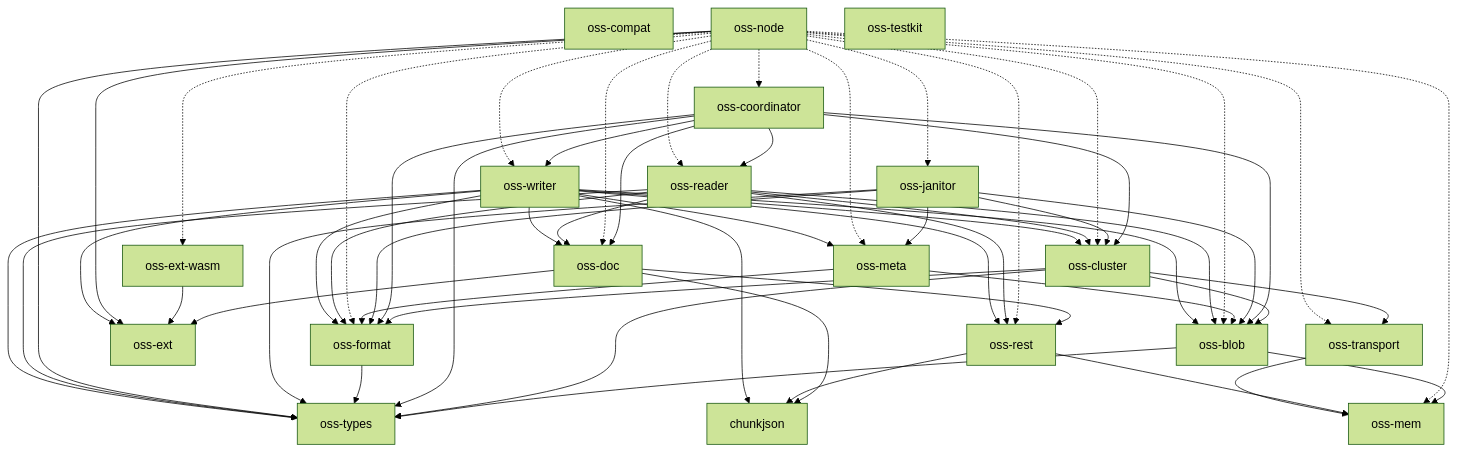
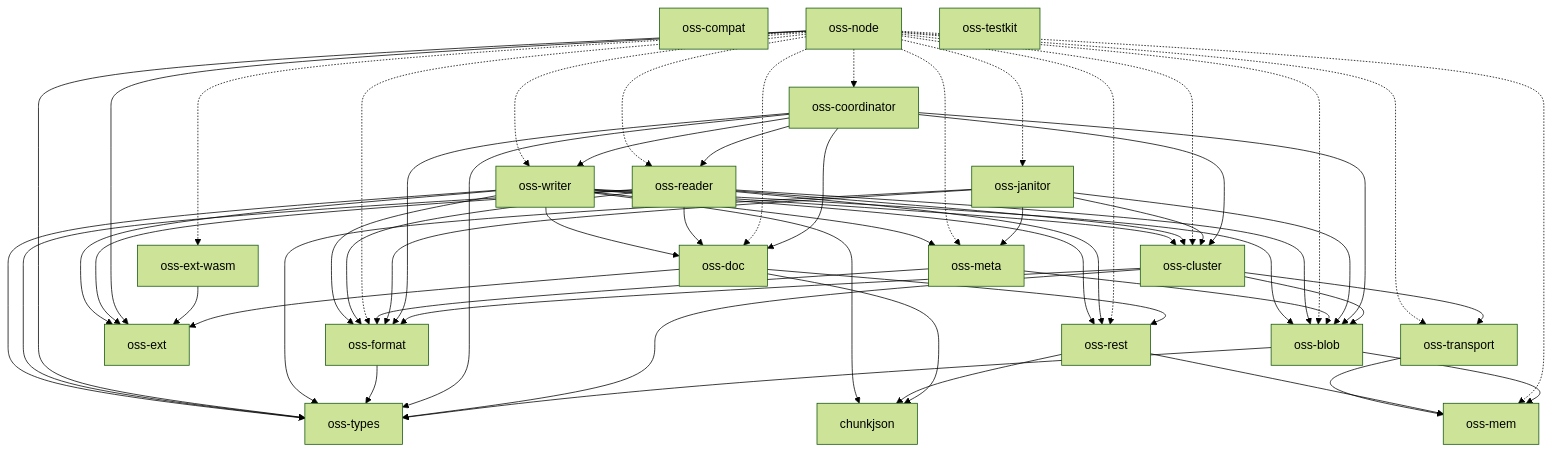
The diagram in docs/architecture.md (huyz0/opensearch-serverless), drawn with Mermaid (forest theme) before and after one commit. The commit also changed 22 other files, not shown here.

````diff
--- a/docs/architecture.md
+++ b/docs/architecture.md
@@ -10,67 +10,68 @@
 ```mermaid
 graph TD
     chunkjson
     oss-blob --> oss-mem
     oss-blob --> oss-types
     oss-cluster --> oss-blob
     oss-cluster --> oss-format
     oss-cluster --> oss-transport
     oss-cluster --> oss-types
     oss-compat
     oss-coordinator --> oss-blob
     oss-coordinator --> oss-cluster
     oss-coordinator --> oss-doc
     oss-coordinator --> oss-format
     oss-coordinator --> oss-reader
     oss-coordinator --> oss-types
     oss-coordinator --> oss-writer
     oss-doc --> chunkjson
     oss-doc --> oss-ext
     oss-doc --> oss-rest
     oss-ext
     oss-ext-wasm --> oss-ext
     oss-format --> oss-types
     oss-janitor --> oss-blob
     oss-janitor --> oss-cluster
     oss-janitor --> oss-format
     oss-janitor --> oss-meta
     oss-janitor --> oss-types
     oss-mem
     oss-meta --> oss-blob
     oss-meta --> oss-format
     oss-node -.-> oss-blob
     oss-node -.-> oss-cluster
     oss-node -.-> oss-coordinator
     oss-node -.-> oss-doc
     oss-node --> oss-ext
     oss-node -.-> oss-ext-wasm
     oss-node -.-> oss-format
     oss-node -.-> oss-janitor
     oss-node -.-> oss-mem
     oss-node -.-> oss-meta
     oss-node -.-> oss-reader
     oss-node -.-> oss-rest
     oss-node -.-> oss-transport
     oss-node --> oss-types
     oss-node -.-> oss-writer
     oss-reader --> oss-blob
     oss-reader --> oss-cluster
     oss-reader --> oss-doc
+    oss-reader --> oss-ext
     oss-reader --> oss-format
     oss-reader --> oss-rest
     oss-reader --> oss-types
     oss-rest --> chunkjson
     oss-rest --> oss-mem
     oss-testkit
     oss-transport --> oss-mem
     oss-types
     oss-writer --> chunkjson
     oss-writer --> oss-blob
     oss-writer --> oss-cluster
     oss-writer --> oss-doc
     oss-writer --> oss-ext
     oss-writer --> oss-format
     oss-writer --> oss-meta
     oss-writer --> oss-rest
     oss-writer --> oss-types
 ```
````
